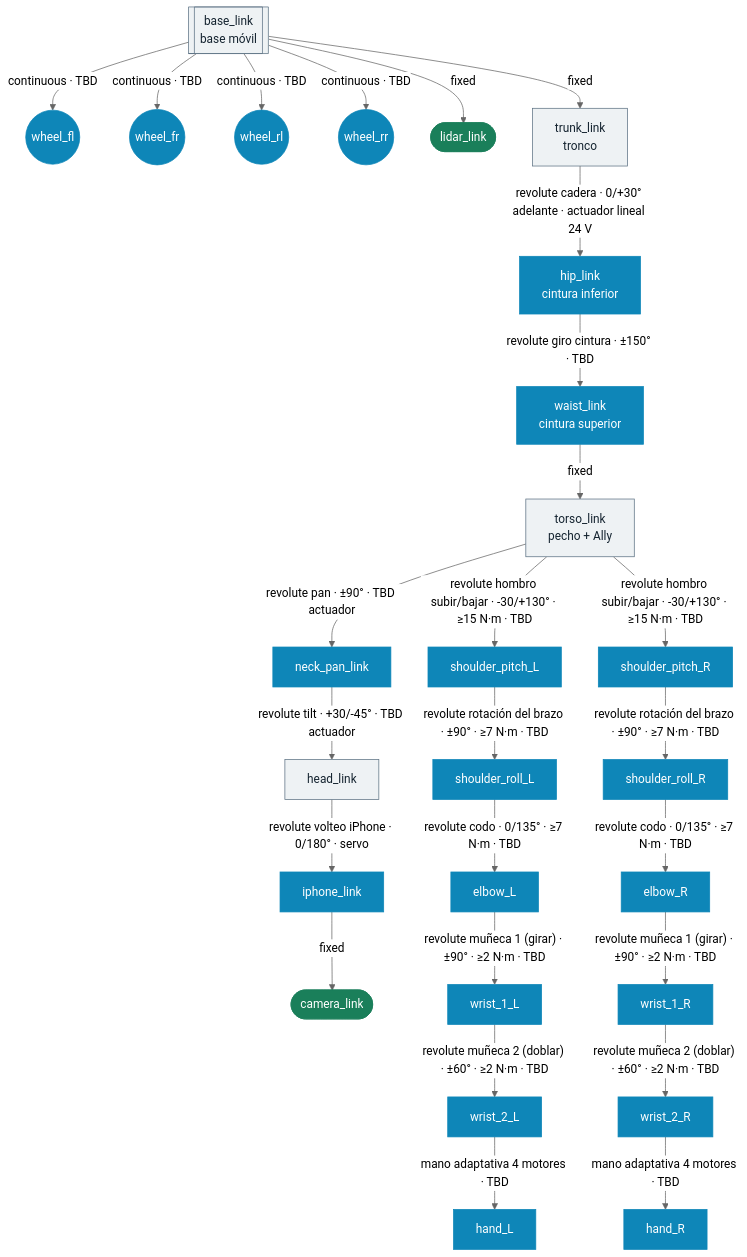
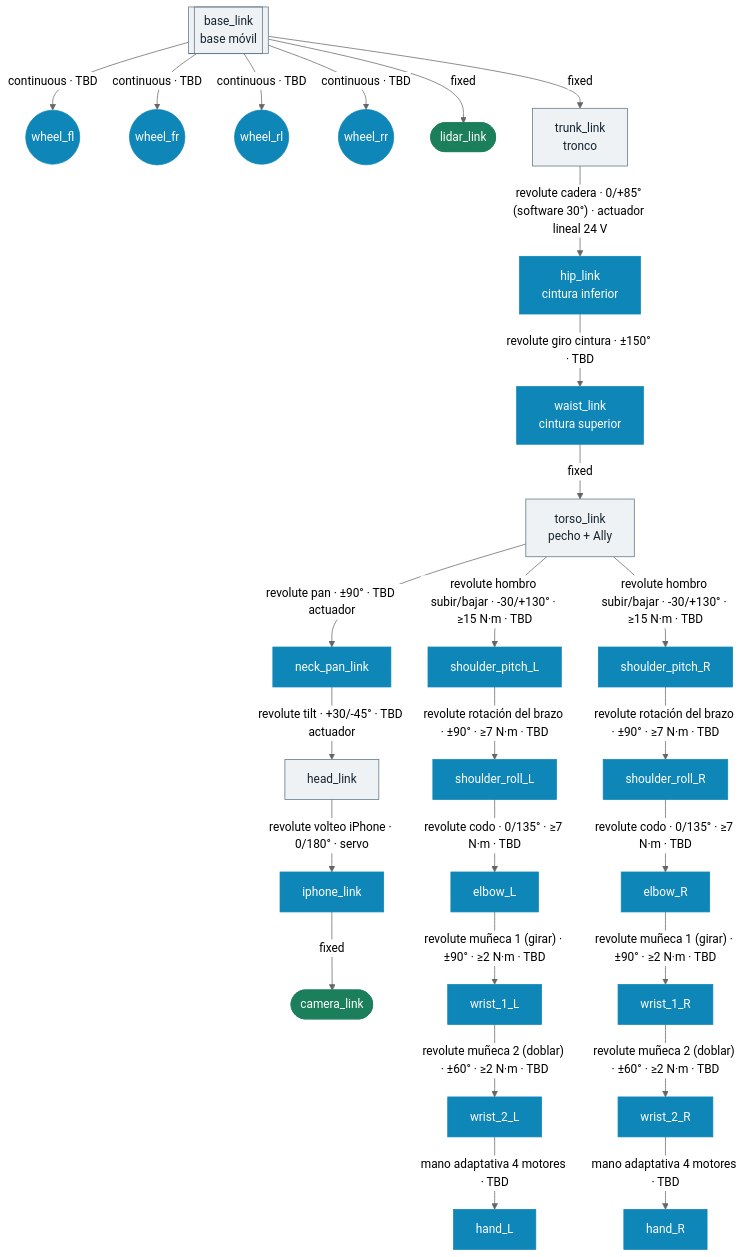
One commit to mabm-dev/robot-toreto changed the diagram in docs/CINEMATICA.md. Above: the diagram before and after it, drawn with Mermaid (neutral theme). The commit also changed 1 other file, not shown here.

Commit message:
Cadera diseñada para 85° (recoger del suelo) y limitada a 30° por software hasta pesar el robot

````diff
--- a/docs/CINEMATICA.md
+++ b/docs/CINEMATICA.md
@@ -21,63 +21,63 @@
 ```mermaid
 graph TD
     classDef estructura fill:#eef2f4,stroke:#5d7284,color:#152430
     classDef actuador fill:#0e86b8,stroke:#0e86b8,color:#ffffff
     classDef sensor fill:#1a7f5a,stroke:#1a7f5a,color:#ffffff
 
     base[["base_link<br/>base móvil"]]:::estructura
     w1((wheel_fl)):::actuador
     w2((wheel_fr)):::actuador
     w3((wheel_rl)):::actuador
     w4((wheel_rr)):::actuador
     lidar([lidar_link]):::sensor
 
     base -->|"continuous · TBD"| w1
     base -->|"continuous · TBD"| w2
     base -->|"continuous · TBD"| w3
     base -->|"continuous · TBD"| w4
     base -->|fixed| lidar
 
     trunk[trunk_link<br/>tronco]:::estructura
     hip[hip_link<br/>cintura inferior]:::actuador
     waist[waist_link<br/>cintura superior]:::actuador
     torso[torso_link<br/>pecho + Ally]:::estructura
     base -->|fixed| trunk
-    trunk -->|"revolute cadera · 0/+30° adelante · actuador lineal 24 V"| hip
+    trunk -->|"revolute cadera · 0/+85° (software 30°) · actuador lineal 24 V"| hip
     hip -->|"revolute giro cintura · ±150° · TBD"| waist
     waist -->|fixed| torso
 
     neck_pan[neck_pan_link]:::actuador
     head[head_link]:::estructura
     phone[iphone_link]:::actuador
     camera([camera_link]):::sensor
     torso -->|"revolute pan · ±90° · TBD actuador"| neck_pan
     neck_pan -->|"revolute tilt · +30/-45° · TBD actuador"| head
     head -->|"revolute volteo iPhone · 0/180° · servo"| phone
     phone -->|fixed| camera
 
     sh_l[shoulder_pitch_L]:::actuador
     shr_l[shoulder_roll_L]:::actuador
     el_l[elbow_L]:::actuador
     wr_l[wrist_1_L]:::actuador
     wr2_l[wrist_2_L]:::actuador
     gr_l[hand_L]:::actuador
     torso -->|"revolute hombro subir/bajar · -30/+130° · ≥15 N·m · TBD"| sh_l
     sh_l -->|"revolute rotación del brazo · ±90° · ≥7 N·m · TBD"| shr_l
     shr_l -->|"revolute codo · 0/135° · ≥7 N·m · TBD"| el_l
     el_l -->|"revolute muñeca 1 (girar) · ±90° · ≥2 N·m · TBD"| wr_l
     wr_l -->|"revolute muñeca 2 (doblar) · ±60° · ≥2 N·m · TBD"| wr2_l
     wr2_l -->|"mano adaptativa 4 motores · TBD"| gr_l
 
     sh_r[shoulder_pitch_R]:::actuador
     shr_r[shoulder_roll_R]:::actuador
     el_r[elbow_R]:::actuador
     wr_r[wrist_1_R]:::actuador
     wr2_r[wrist_2_R]:::actuador
     gr_r[hand_R]:::actuador
     torso -->|"revolute hombro subir/bajar · -30/+130° · ≥15 N·m · TBD"| sh_r
     sh_r -->|"revolute rotación del brazo · ±90° · ≥7 N·m · TBD"| shr_r
     shr_r -->|"revolute codo · 0/135° · ≥7 N·m · TBD"| el_r
     el_r -->|"revolute muñeca 1 (girar) · ±90° · ≥2 N·m · TBD"| wr_r
     wr_r -->|"revolute muñeca 2 (doblar) · ±60° · ≥2 N·m · TBD"| wr2_r
     wr2_r -->|"mano adaptativa 4 motores · TBD"| gr_r
 ```
````
